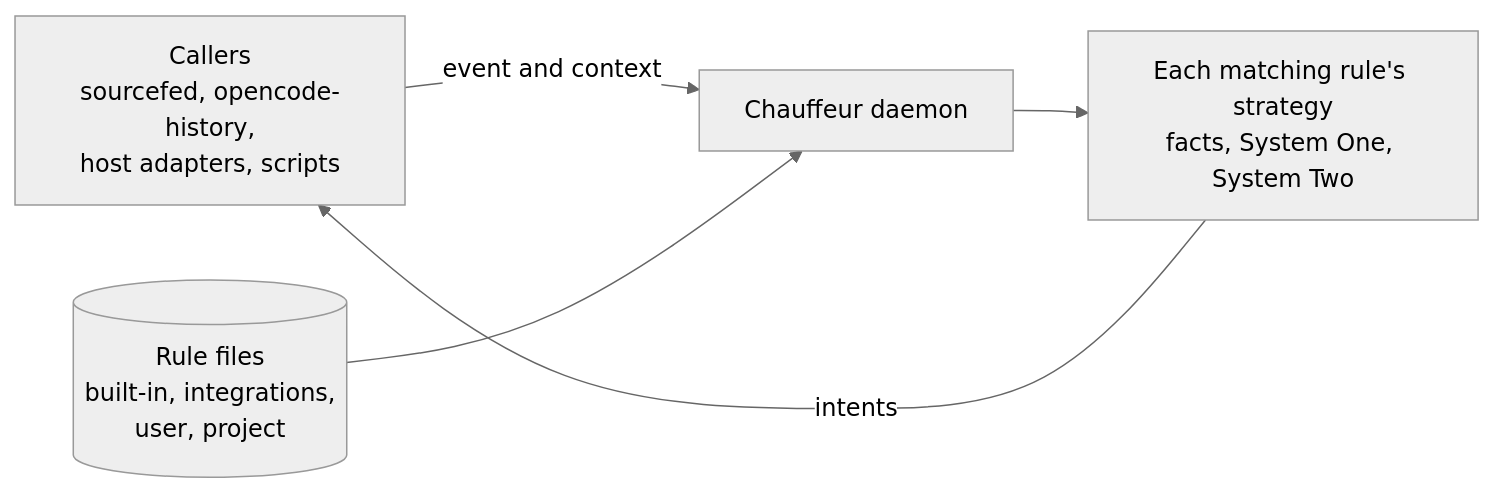
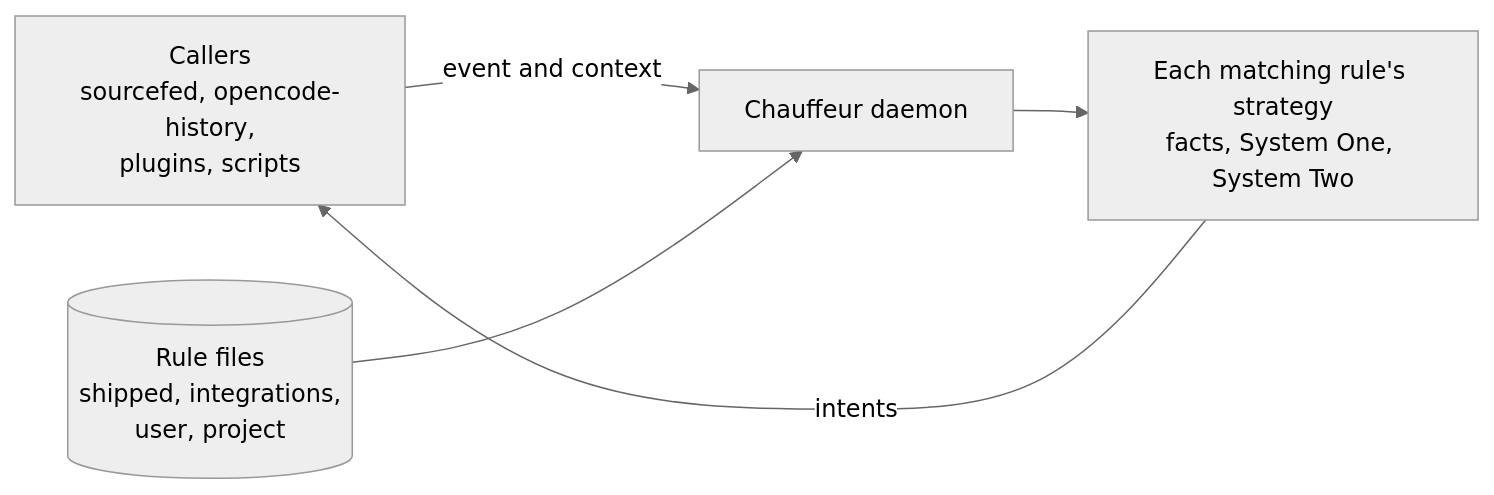
Before and after one commit to StevenJPx2/chauffeur: the sixth of 14 diagrams in docs/plans/pluggability.md, drawn with Mermaid (neutral theme). The commit also changed other lines of this file and 1 other file, not shown here.

First line of the commit message:
docs(plans): engine, facts, plugins and adapters; generic questions and results

````diff
--- a/docs/plans/pluggability.md
+++ b/docs/plans/pluggability.md
@@ -148,7 +198,7 @@
 ```mermaid
 flowchart LR
-    Callers["Callers<br/>sourcefed, opencode-history,<br/>host adapters, scripts"] -- "event and context" --> Daemon["Chauffeur daemon"]
-    Rules[("Rule files<br/>built-in, integrations,<br/>user, project")] --> Daemon
+    Callers["Callers<br/>sourcefed, opencode-history,<br/>plugins, scripts"] -- "event and context" --> Daemon["Chauffeur daemon"]
+    Rules[("Rule files<br/>shipped, integrations,<br/>user, project")] --> Daemon
     Daemon --> Strategy["Each matching rule's strategy<br/>facts, System One, System Two"]
     Strategy -- "intents" --> Callers
 ```
````
